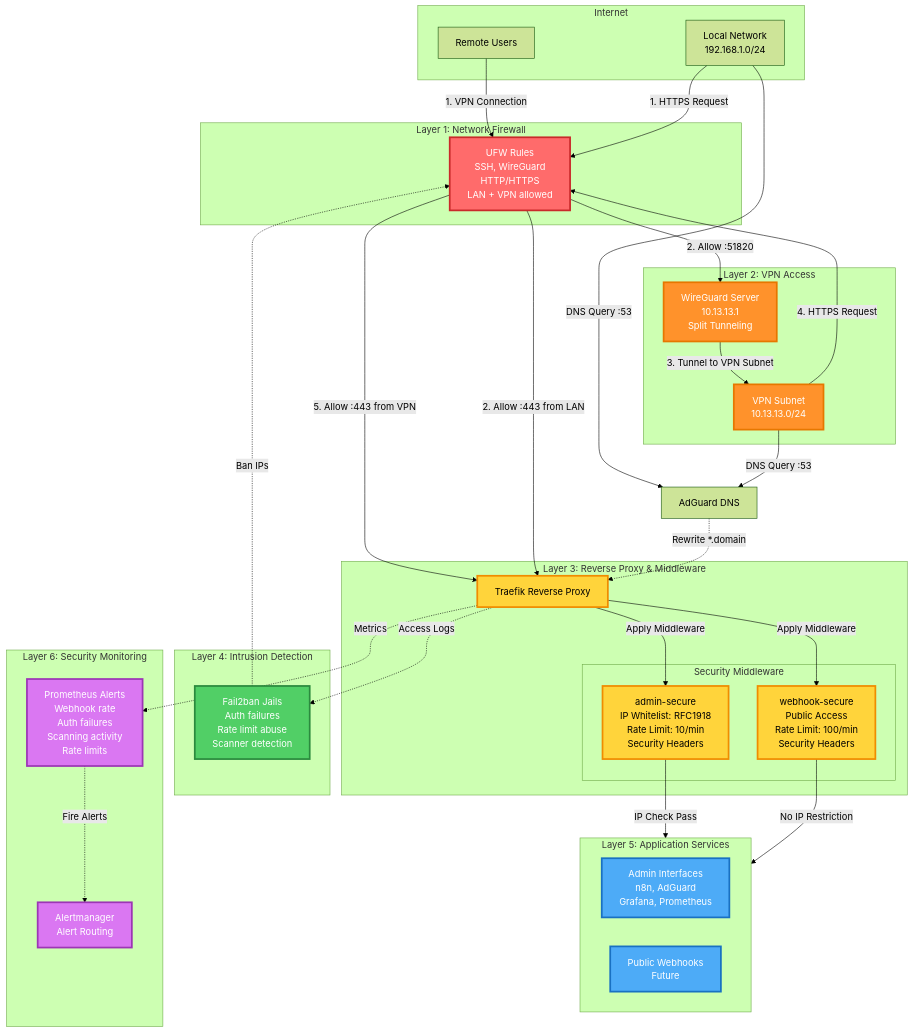
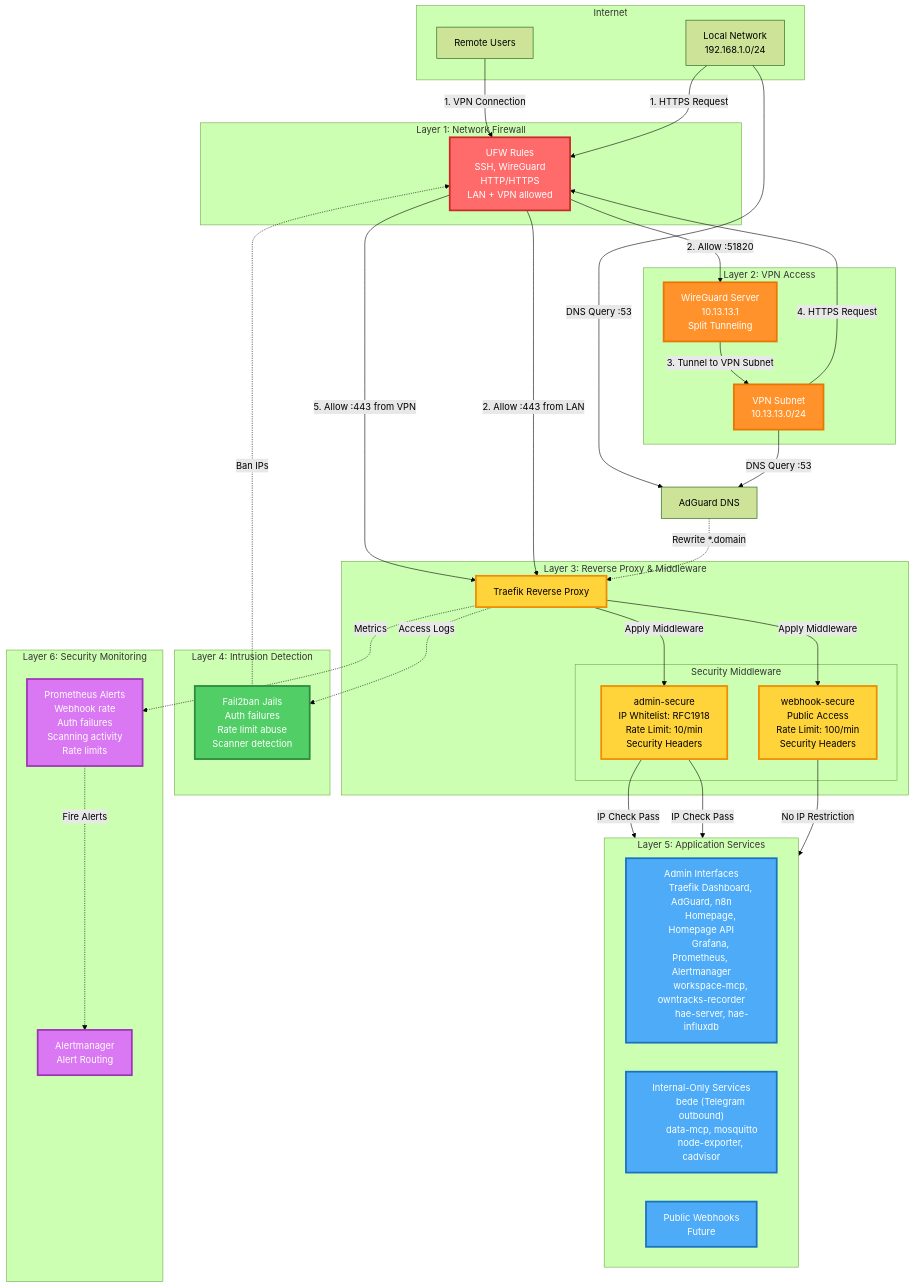
The second of 5 diagrams in ARCHITECTURE.md (josephradford/home-server-stack), drawn with Mermaid (forest theme) before and after one commit.

Commit message:
docs(architecture): expand layer 5 service list in security flow diagram

````diff
--- a/ARCHITECTURE.md
+++ b/ARCHITECTURE.md
@@ -265,8 +265,15 @@
     subgraph L5["Layer 5: Application Services"]
         direction LR
         Admin["Admin Interfaces
-        n8n, AdGuard
-        Grafana, Prometheus"]
+        Traefik Dashboard, AdGuard, n8n
+        Homepage, Homepage API
+        Grafana, Prometheus, Alertmanager
+        workspace-mcp, owntracks-recorder
+        hae-server, hae-influxdb"]
+        Internal["Internal-Only Services
+        bede (Telegram outbound)
+        data-mcp, mosquitto
+        node-exporter, cadvisor"]
         Webhooks["Public Webhooks
         Future"]
     end
@@ -296,6 +303,7 @@
     Traefik -->|Apply Middleware| AdminSecure
     Traefik -->|Apply Middleware| WebhookSecure
     AdminSecure -->|IP Check Pass| Admin
+    AdminSecure -->|IP Check Pass| Internal
     WebhookSecure -->|No IP Restriction| Webhooks
 
     %% Security monitoring
@@ -320,6 +328,6 @@
     class WG,VPNSubnet layer2
     class Traefik,AdminSecure,WebhookSecure layer3
     class Fail2ban layer4
-    class Admin,Webhooks layer5
+    class Admin,Internal,Webhooks layer5
     class PromAlerts,Alertmanager layer6
 ```
````
